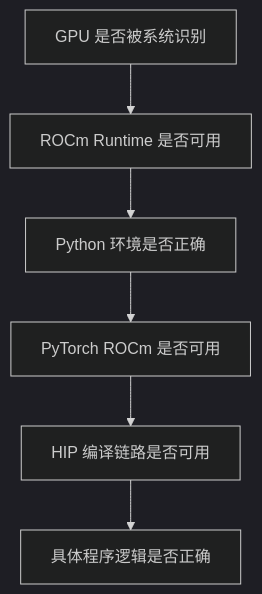
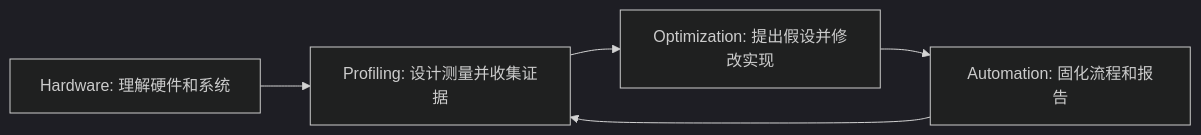
Before and after one commit to Weihong-Liu/hello-ai-infra: the fourth of 4 diagrams in docs/part1-hardware-rocm/chapter2/index.md, drawn with Mermaid (dark theme). The commit also changed other lines of this file and 231 other files, not shown here.

First line of the commit message:
docs: renumber chapters and add figure references

````diff
--- a/docs/part1-hardware-rocm/chapter2/index.md
+++ b/docs/part1-hardware-rocm/chapter2/index.md
@@ -294,8 +256,7 @@
 ```mermaid
-flowchart TD
-    A[GPU 是否被系统识别] --> B[ROCm Runtime 是否可用]
-    B --> C[Python 环境是否正确]
-    C --> D[PyTorch ROCm 是否可用]
-    D --> E[HIP 编译链路是否可用]
-    E --> F[具体程序逻辑是否正确]
+flowchart LR
+    A[Hardware: 理解硬件和系统] --> B[Profiling: 设计测量并收集证据]
+    B --> C[Optimization: 提出假设并修改实现]
+    C --> D[Automation: 固化流程和报告]
+    D --> B
 ```
````
